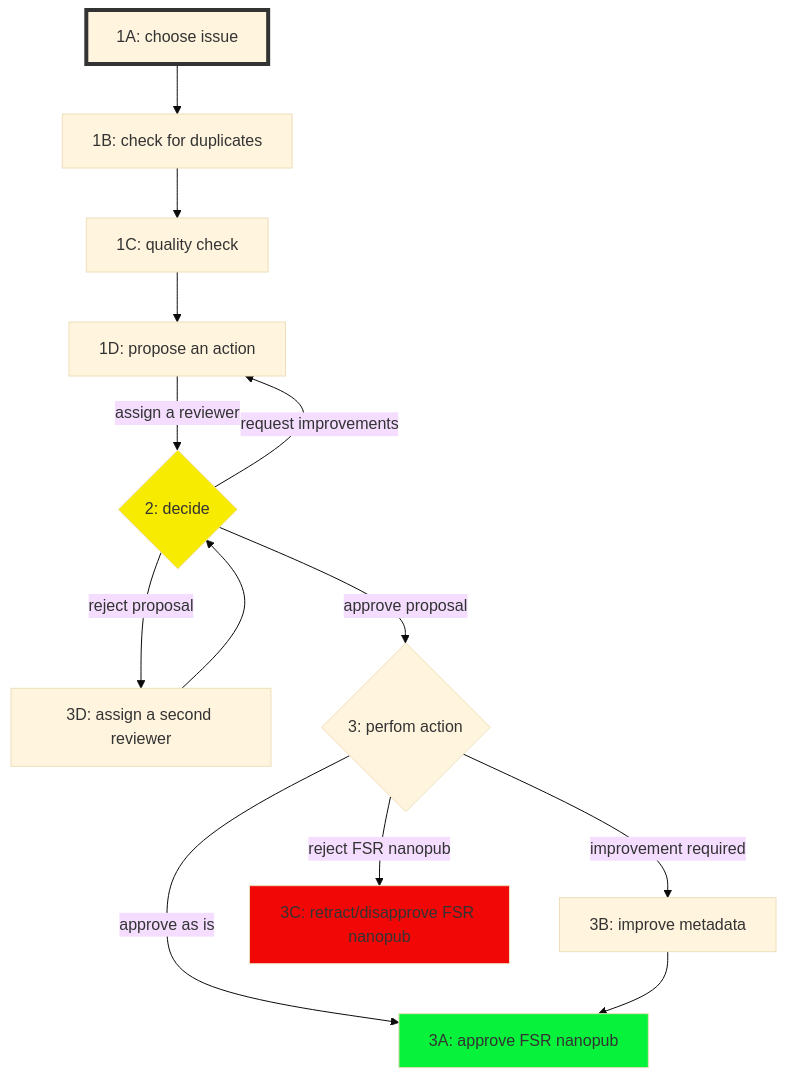
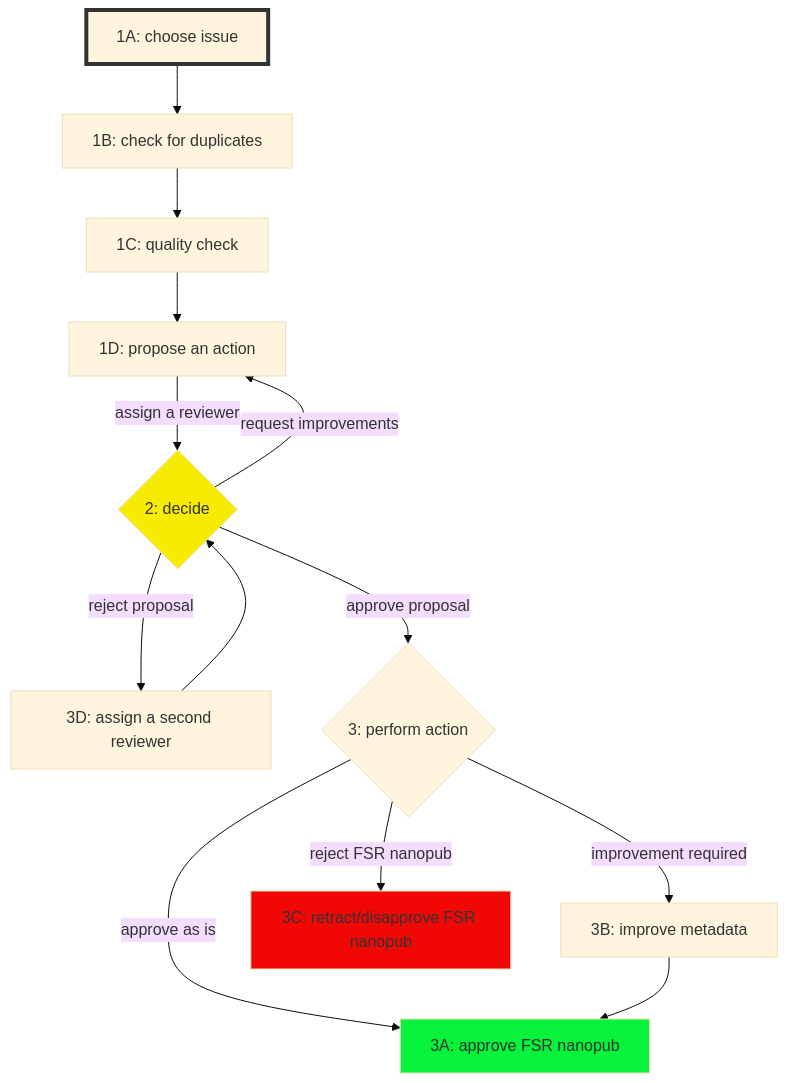
One commit to gofair-foundation/fsr_curation changed the first of 3 diagrams in CONTRIBUTING.md. Above: the diagram before and after it, drawn with Mermaid (base theme).

````diff
--- a/CONTRIBUTING.md
+++ b/CONTRIBUTING.md
@@ -13,18 +13,18 @@
 ```mermaid
 flowchart TD
     A[1A: choose issue] 
     A-->B[1B: check for duplicates] -->C[1C: quality check] -->D[1D: propose an action]
     D-->|assign a reviewer| E{2: decide}
     style E fill:#f7eb02
     E -->|reject proposal| F[3D: assign a second reviewer]
     E -->|request improvements|D
-    E -->|approve proposal|G{3: perfom action}
+    E -->|approve proposal|G{3: perform action}
     G -->|improvement required|H[3B: improve metadata]
     G -->|approve as is|I[3A: approve FSR nanopub]
     G -->|reject FSR nanopub|K[3C: retract/disapprove FSR nanopub]
     H--> I
     F --> E
     style A stroke:#333,stroke-width:4px
     style K fill:#f20707
     style I fill:#07f23a
 ```
````
